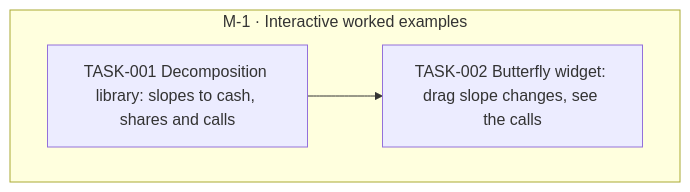
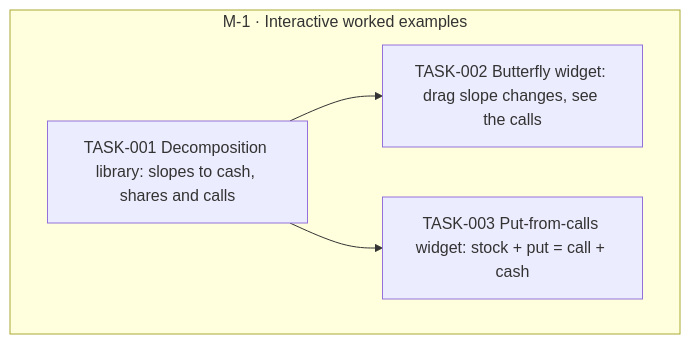
Before and after one commit to all-explained/options-explained: the diagram in goals/improve-viz/README.md, drawn with Mermaid. The commit also changed 1 other file, not shown here.

Commit message:
goal(improve-viz): add TASK-003 Put-from-calls widget: stock + put = call + cash

````diff
--- a/goals/improve-viz/README.md
+++ b/goals/improve-viz/README.md
@@ -25,11 +25,13 @@
 ```mermaid
 flowchart TD
   subgraph M_1["M-1 · Interactive worked examples"]
     TASK_001["TASK-001 Decomposition library: slopes to cash, shares and calls"]
     TASK_002["TASK-002 Butterfly widget: drag slope changes, see the calls"]
+    TASK_003["TASK-003 Put-from-calls widget: stock + put = call + cash"]
   end
   TASK_001 --> TASK_002
+  TASK_001 --> TASK_003
   classDef draft stroke-dasharray: 4 3
   classDef cancelled opacity:0.45
   classDef decision fill:#f3e8ff,stroke:#7c3aed
 ```
````
